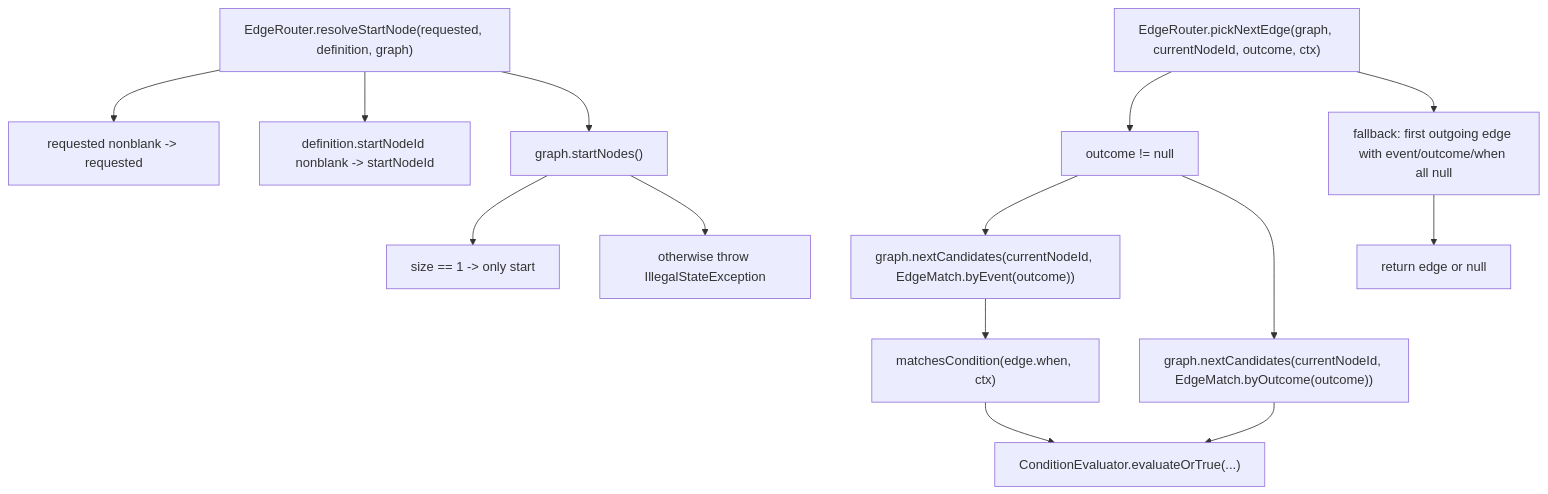
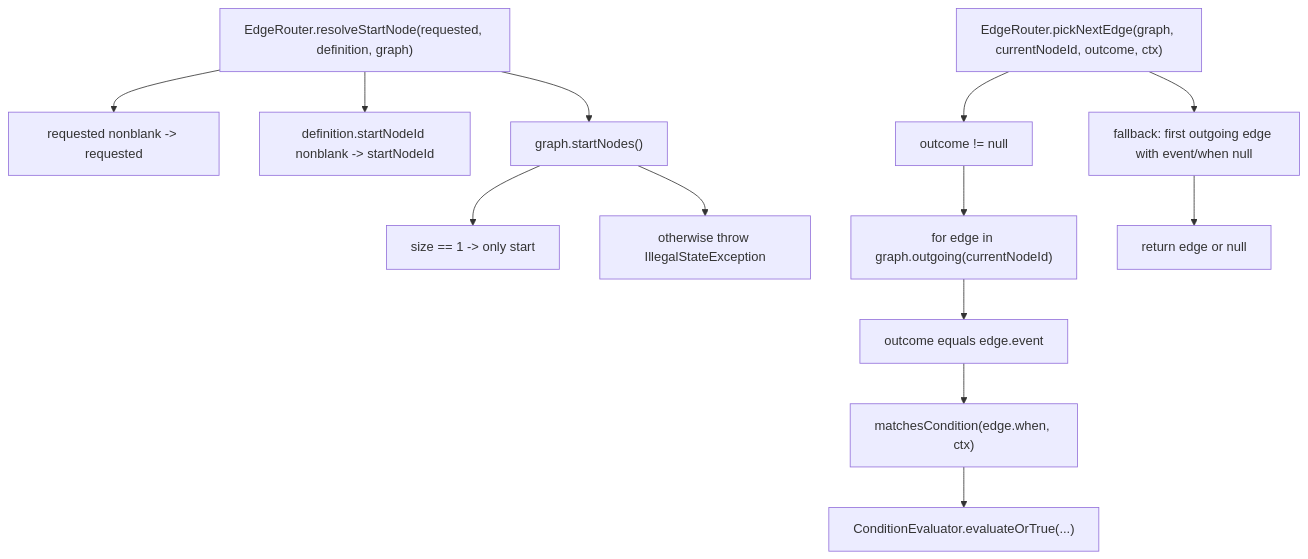
One commit to michelleclar/Infrastructure changed the seventh of 22 diagrams in infrastructure-component-workflow-core/docs/CALL_GRAPH.md. Above: the diagram before and after it, drawn with Mermaid. The commit also changed other lines of this file and 20 other files, not shown here.

````diff
--- a/infrastructure-component-workflow-core/docs/CALL_GRAPH.md
+++ b/infrastructure-component-workflow-core/docs/CALL_GRAPH.md
@@ -245,17 +253,16 @@
 ```mermaid
 flowchart TD
     A["EdgeRouter.resolveStartNode(requested, definition, graph)"] --> B["requested nonblank -> requested"]
     A --> C["definition.startNodeId nonblank -> startNodeId"]
     A --> D["graph.startNodes()"]
     D --> E["size == 1 -> only start"]
     D --> F["otherwise throw IllegalStateException"]
 
     G["EdgeRouter.pickNextEdge(graph, currentNodeId, outcome, ctx)"] --> H["outcome != null"]
-    H --> I["graph.nextCandidates(currentNodeId, EdgeMatch.byEvent(outcome))"]
-    I --> J["matchesCondition(edge.when, ctx)"]
-    J --> K["ConditionEvaluator.evaluateOrTrue(...)"]
-    H --> L["graph.nextCandidates(currentNodeId, EdgeMatch.byOutcome(outcome))"]
-    L --> K
-    G --> M["fallback: first outgoing edge with event/outcome/when all null"]
+    H --> I["for edge in graph.outgoing(currentNodeId)"]
+    I --> J["outcome equals edge.event"]
+    J --> K["matchesCondition(edge.when, ctx)"]
+    K --> L["ConditionEvaluator.evaluateOrTrue(...)"]
+    G --> M["fallback: first outgoing edge with event/when null"]
     M --> N["return edge or null"]
 ```
````
